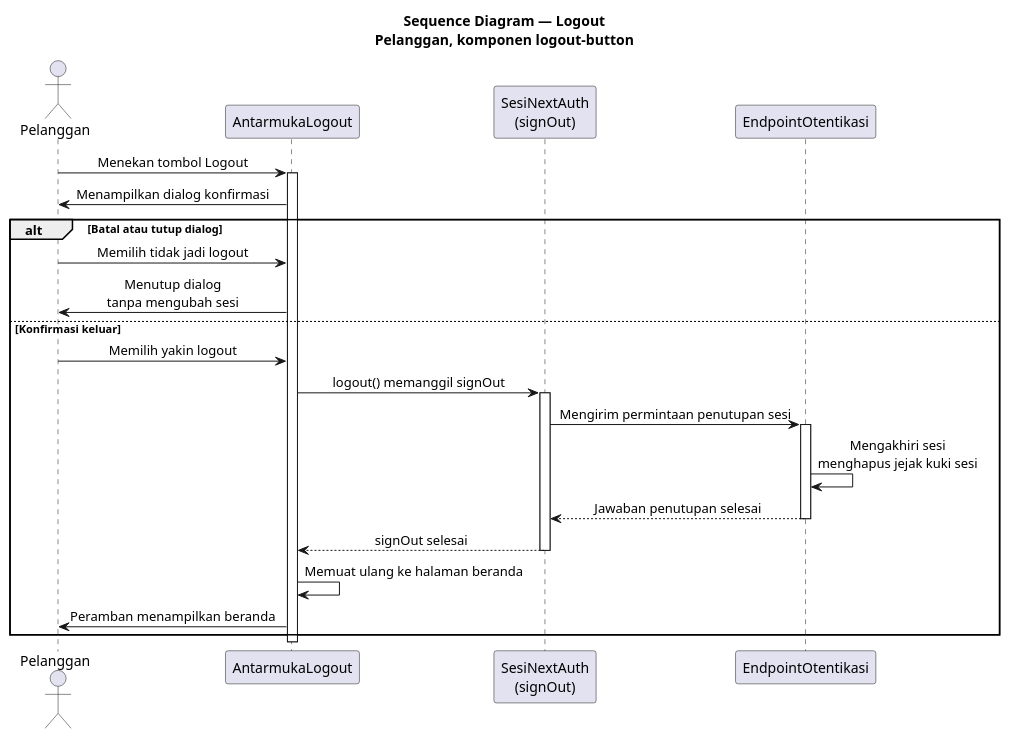
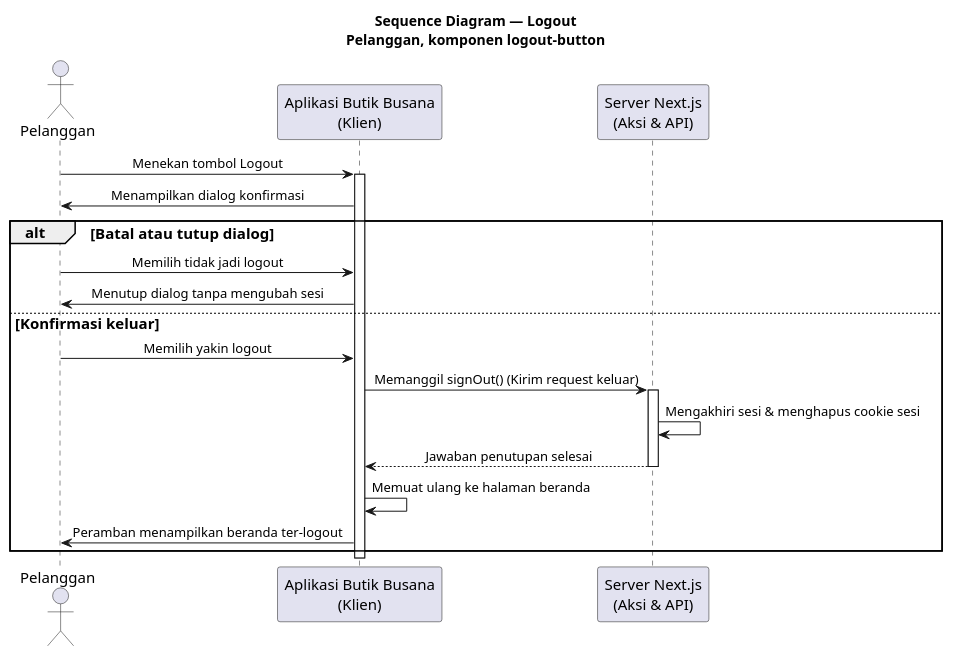
Before and after one commit to afridho-ikhsan/butik-busana: the diagram in diagrams/skripsi-logout-sequence.puml, drawn with PlantUML. The commit also changed 36 other files, not shown here.

Commit message:
refactor: remove push notification logic from order cancellation flows and update sequence diagrams with standardized styling

```diff
--- a/diagrams/skripsi-logout-sequence.puml
+++ b/diagrams/skripsi-logout-sequence.puml
@@ -1,37 +1,39 @@
 @startuml skripsi_logout_sequence
 title Sequence Diagram — Logout\nPelanggan, komponen logout-button
 
 skinparam SequenceMessageAlign center
 skinparam responseMessageBelowArrow true
+skinparam ParticipantPadding 15
+skinparam BoxPadding 15
+skinparam DefaultFontSize 15
+skinparam ArrowFontSize 13
+skinparam ParticipantFontSize 15
 
 actor Pelanggan as pengguna
-participant "AntarmukaLogout" as ui
-participant "SesiNextAuth\n(signOut)" as auth
-participant "EndpointOtentikasi" as api
+participant "Aplikasi Butik Busana\n(Klien)" as klien
+participant "Server Next.js\n(Aksi & API)" as server
 
-pengguna -> ui: Menekan tombol Logout
-activate ui
+pengguna -> klien: Menekan tombol Logout
+activate klien
 
-ui -> pengguna: Menampilkan dialog konfirmasi
+klien -> pengguna: Menampilkan dialog konfirmasi
 
 alt Batal atau tutup dialog
-  pengguna -> ui: Memilih tidak jadi logout
-  ui -> pengguna: Menutup dialog\ntanpa mengubah sesi
+  pengguna -> klien: Memilih tidak jadi logout
+  klien -> pengguna: Menutup dialog tanpa mengubah sesi
 else Konfirmasi keluar
-  pengguna -> ui: Memilih yakin logout
-  ui -> auth: logout() memanggil signOut
-  activate auth
-  auth -> api: Mengirim permintaan penutupan sesi
-  activate api
-  api -> api: Mengakhiri sesi\nmenghapus jejak kuki sesi
-  api --> auth: Jawaban penutupan selesai
-  deactivate api
-  auth --> ui: signOut selesai
-  deactivate auth
-  ui -> ui: Memuat ulang ke halaman beranda
-  ui -> pengguna: Peramban menampilkan beranda
+  pengguna -> klien: Memilih yakin logout
+  klien -> server: Memanggil signOut() (Kirim request keluar)
+  activate server
+
+  server -> server: Mengakhiri sesi & menghapus cookie sesi
+  server --> klien: Jawaban penutupan selesai
+  deactivate server
+
+  klien -> klien: Memuat ulang ke halaman beranda
+  klien -> pengguna: Peramban menampilkan beranda ter-logout
 end
 
-deactivate ui
+deactivate klien
 
 @enduml
```
